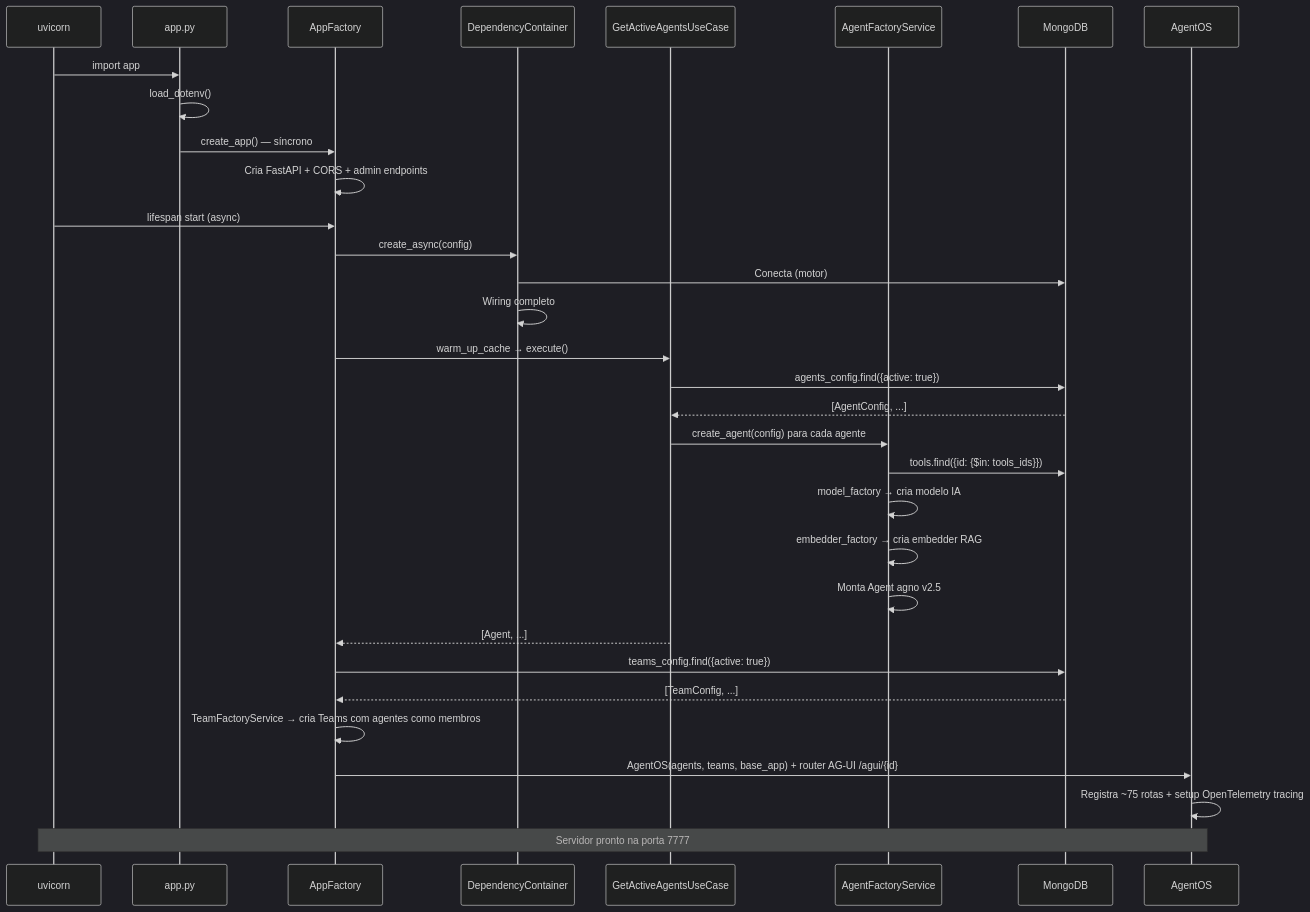
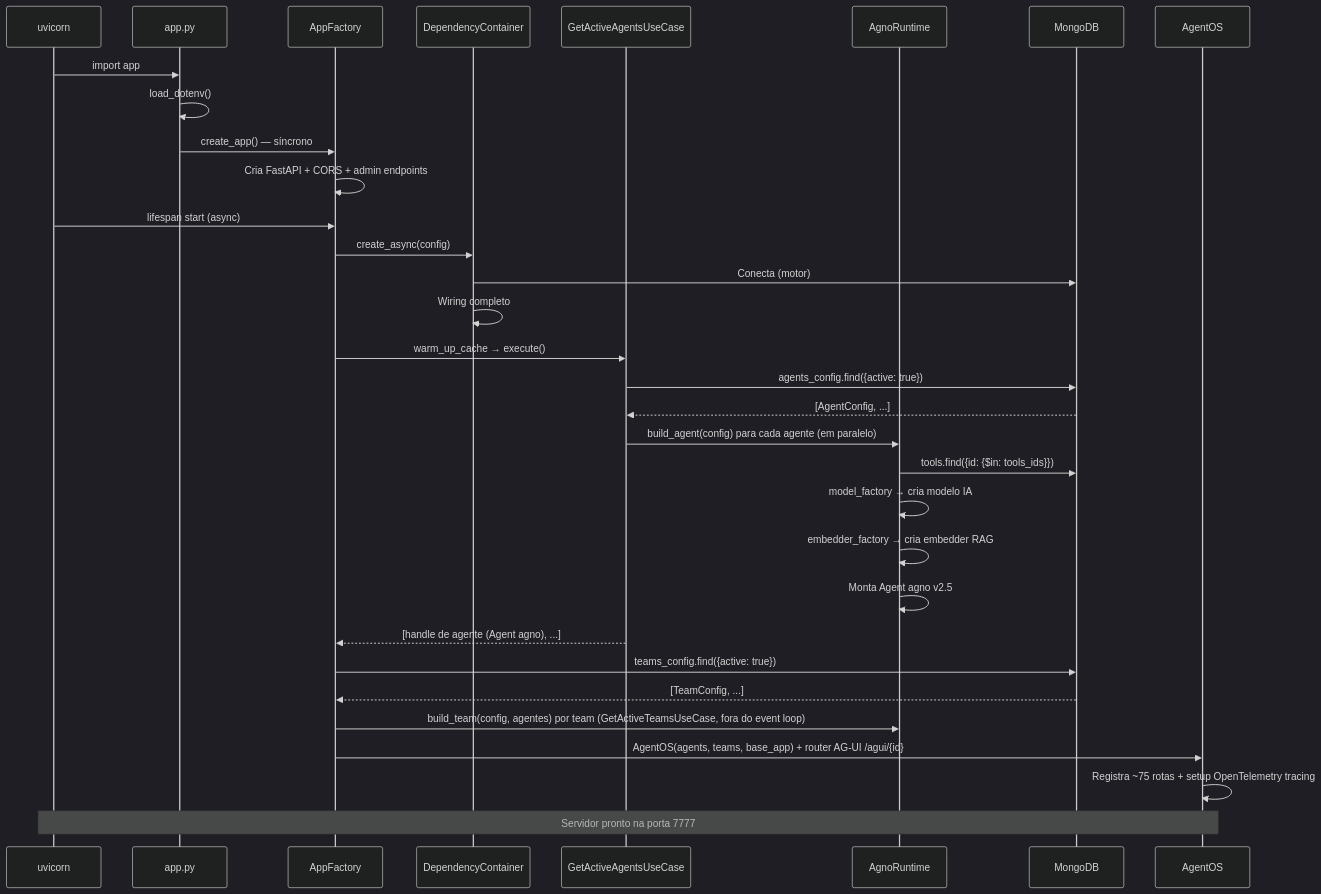
The second of 5 diagrams in README.pt-br.md (Mosfet04/orquestradorIAPythonArgo), drawn with Mermaid (dark theme) before and after one commit. The commit also changed other lines of this file and 50 other files, not shown here.

````diff
--- a/README.pt-br.md
+++ b/README.pt-br.md
@@ -376,35 +385,35 @@
 ```mermaid
 sequenceDiagram
     participant U as uvicorn
     participant A as app.py
     participant F as AppFactory
     participant DI as DependencyContainer
     participant UC as GetActiveAgentsUseCase
-    participant AF as AgentFactoryService
+    participant AF as AgnoRuntime
     participant MDB as MongoDB
     participant OS as AgentOS
 
     U->>A: import app
     A->>A: load_dotenv()
     A->>F: create_app() — síncrono
     F->>F: Cria FastAPI + CORS + admin endpoints
     U->>F: lifespan start (async)
     F->>DI: create_async(config)
     DI->>MDB: Conecta (motor)
     DI->>DI: Wiring completo
     F->>UC: warm_up_cache → execute()
     UC->>MDB: agents_config.find({active: true})
     MDB-->>UC: [AgentConfig, ...]
-    UC->>AF: create_agent(config) para cada agente
+    UC->>AF: build_agent(config) para cada agente (em paralelo)
     AF->>MDB: tools.find({id: {$in: tools_ids}})
     AF->>AF: model_factory → cria modelo IA
     AF->>AF: embedder_factory → cria embedder RAG
     AF->>AF: Monta Agent agno v2.5
-    UC-->>F: [Agent, ...]
+    UC-->>F: [handle de agente (Agent agno), ...]
     F->>MDB: teams_config.find({active: true})
     MDB-->>F: [TeamConfig, ...]
-    F->>F: TeamFactoryService → cria Teams com agentes como membros
+    F->>AF: build_team(config, agentes) por team (GetActiveTeamsUseCase, fora do event loop)
     F->>OS: AgentOS(agents, teams, base_app) + router AG-UI /agui/{id}
     OS->>OS: Registra ~75 rotas + setup OpenTelemetry tracing
     Note over U,OS: Servidor pronto na porta 7777
 ```
````
